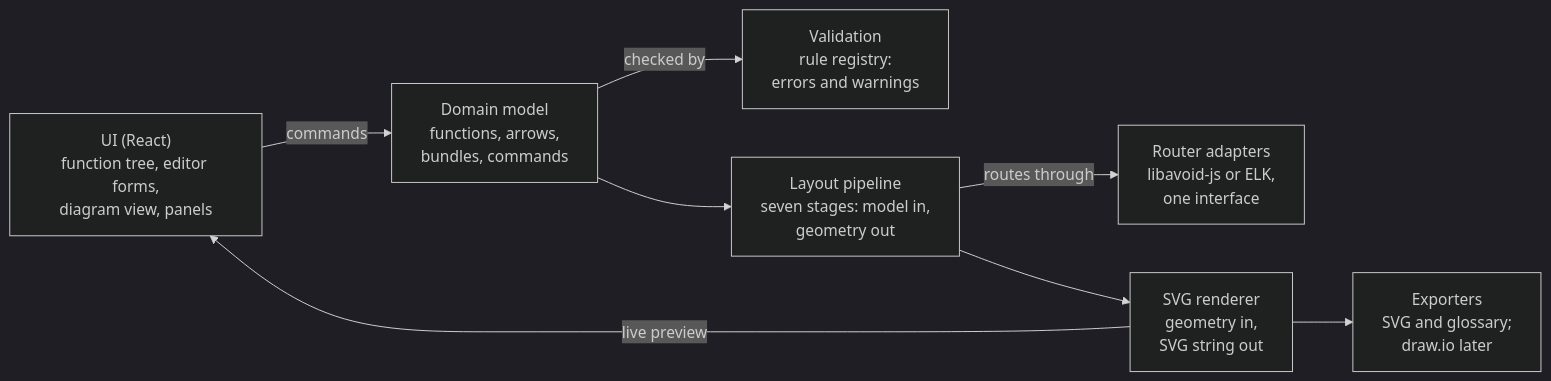
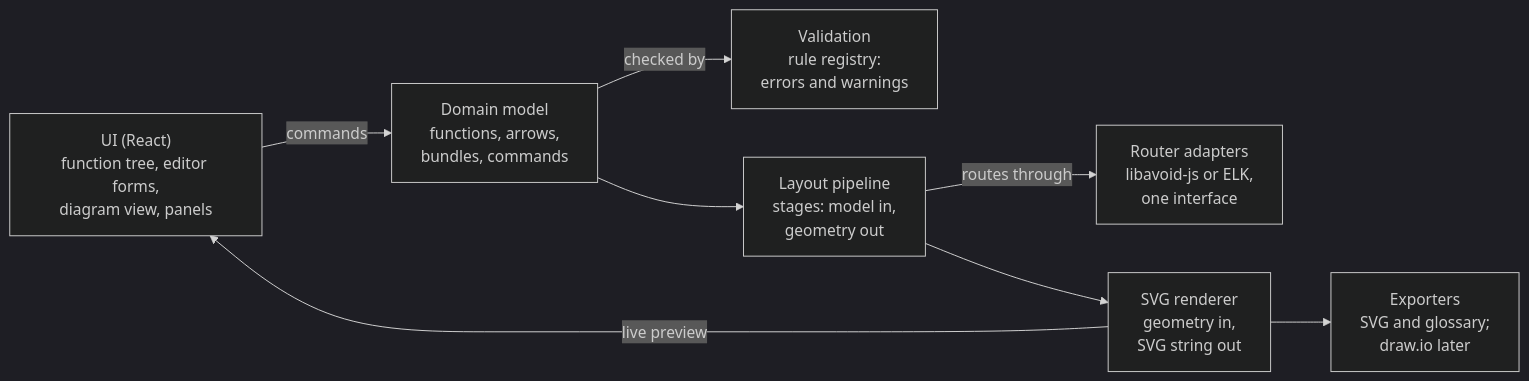
One commit to Gageu/IDEF0-Diagram-Creator changed the diagram in docs/design-spec.md. Above: the diagram before and after it, drawn with Mermaid (dark theme). The commit also changed other lines of this file and 1 other file, not shown here.

````diff
--- a/docs/design-spec.md
+++ b/docs/design-spec.md
@@ -80,15 +80,15 @@
 ```mermaid
 flowchart LR
     UI["UI (React)<br/>function tree, editor forms,<br/>diagram view, panels"]
     D["Domain model<br/>functions, arrows,<br/>bundles, commands"]
     V["Validation<br/>rule registry:<br/>errors and warnings"]
-    L["Layout pipeline<br/>seven stages: model in,<br/>geometry out"]
+    L["Layout pipeline<br/>stages: model in,<br/>geometry out"]
     A["Router adapters<br/>libavoid-js or ELK,<br/>one interface"]
     R["SVG renderer<br/>geometry in,<br/>SVG string out"]
     E["Exporters<br/>SVG and glossary;<br/>draw.io later"]
     UI -- commands --> D
     D --> L --> R --> E
     D -- checked by --> V
     L -- routes through --> A
     R -- live preview --> UI
 ```
````
